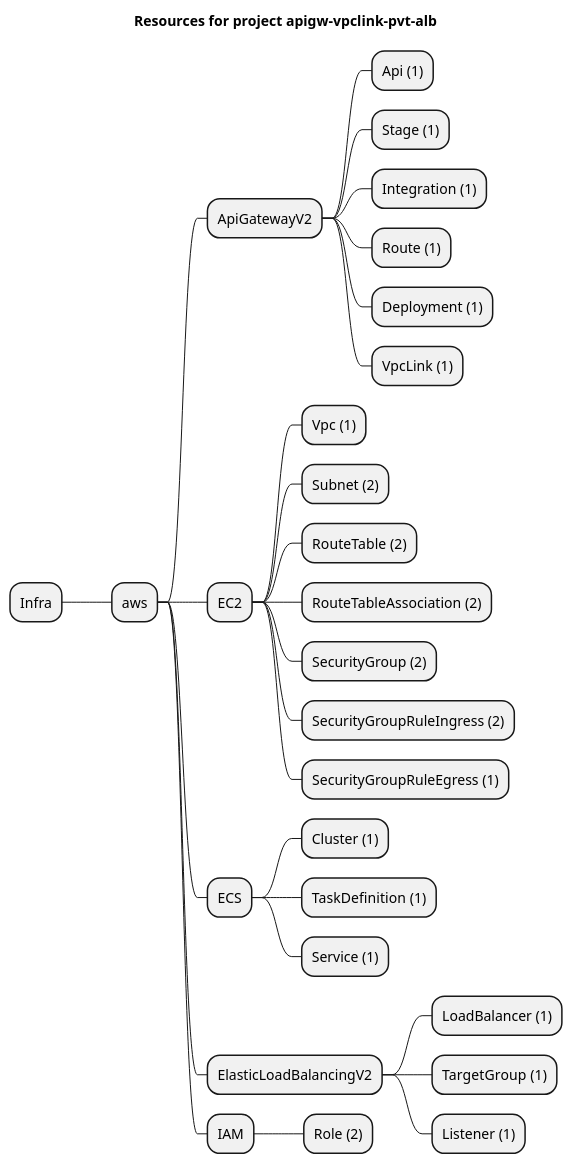
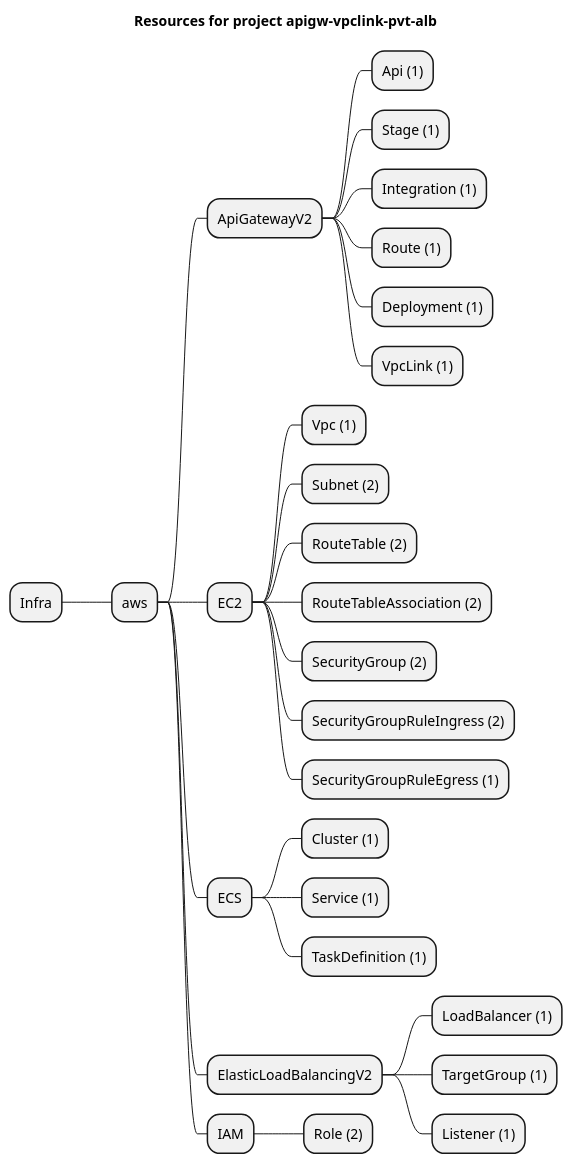
The diagram in examples/aws/serverless-patterns/apigw-vpclink-pvt-alb/artifacts/resources-mindmap.puml (grucloud/grucloud), drawn with PlantUML before and after one commit. The commit also changed other lines of this file and 93 other files, not shown here.

```diff
--- a/examples/aws/serverless-patterns/apigw-vpclink-pvt-alb/artifacts/resources-mindmap.puml
+++ b/examples/aws/serverless-patterns/apigw-vpclink-pvt-alb/artifacts/resources-mindmap.puml
@@ -1,31 +1,31 @@
 @startmindmap
 title Resources for project apigw-vpclink-pvt-alb
 skinparam monochrome true
 + Infra
 ++ aws
 +++ ApiGatewayV2
 ++++ Api (1)
 ++++ Stage (1)
 ++++ Integration (1)
 ++++ Route (1)
 ++++ Deployment (1)
 ++++ VpcLink (1)
 +++ EC2
 ++++ Vpc (1)
 ++++ Subnet (2)
 ++++ RouteTable (2)
 ++++ RouteTableAssociation (2)
 ++++ SecurityGroup (2)
 ++++ SecurityGroupRuleIngress (2)
 ++++ SecurityGroupRuleEgress (1)
 +++ ECS
 ++++ Cluster (1)
+++++ Service (1)
 ++++ TaskDefinition (1)
-++++ Service (1)
 +++ ElasticLoadBalancingV2
 ++++ LoadBalancer (1)
 ++++ TargetGroup (1)
 ++++ Listener (1)
 +++ IAM
 ++++ Role (2)
 @endmindmap
```
